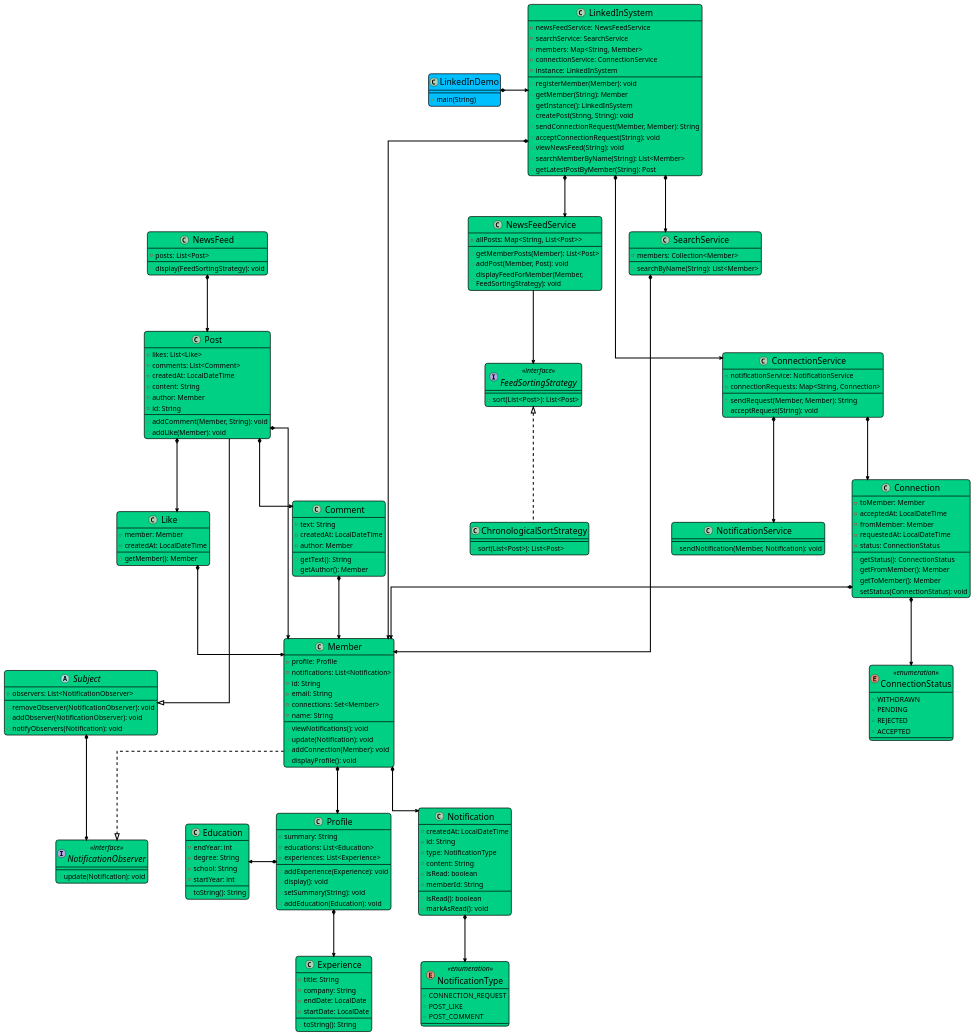
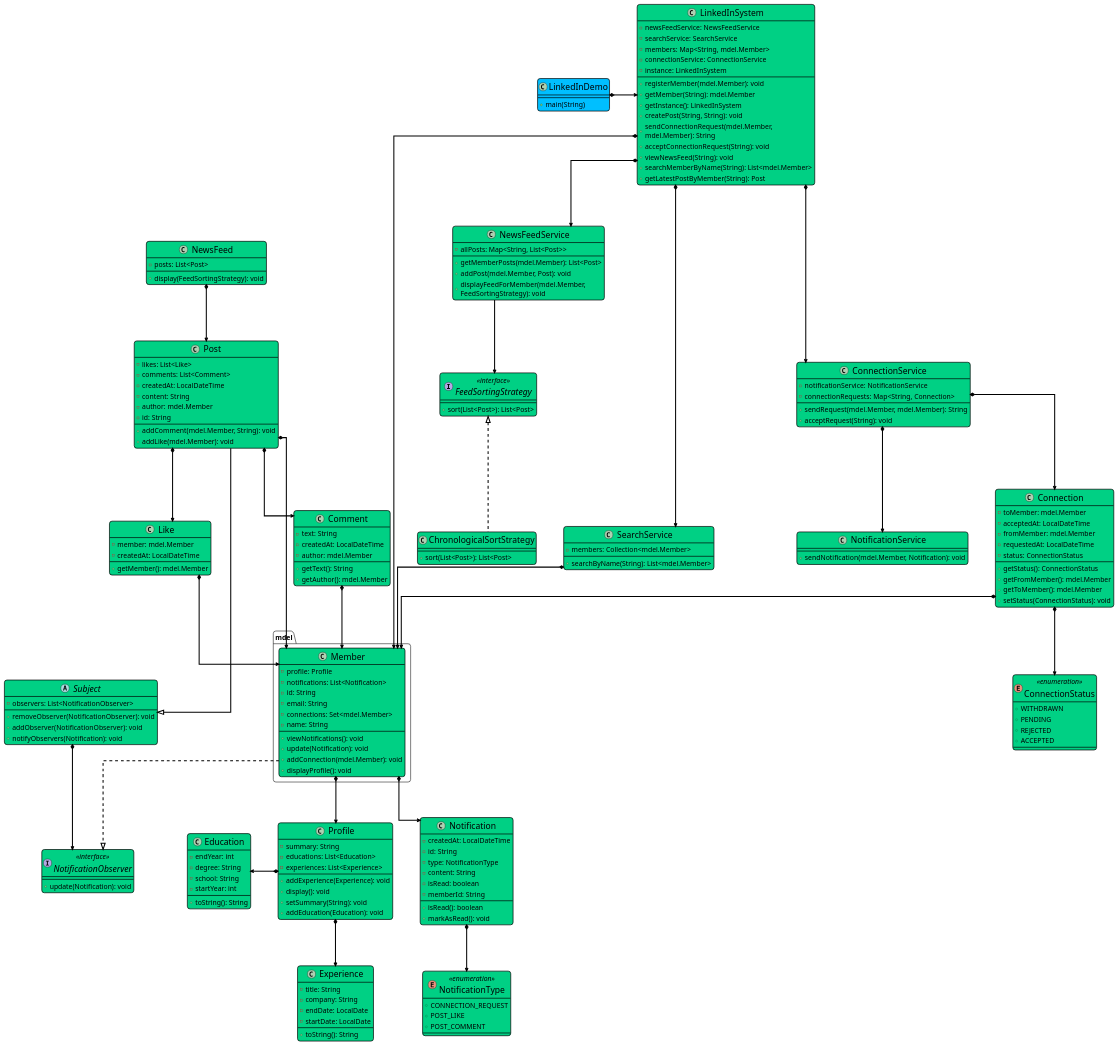
The diagram in HLD-LLD-CHARAN-ARYAN/Aweson-System-Design-LLD-HLD/out/production/solutions/linkedin/diagrams/linkedin-class-diagram.puml (charankumarl/System_Design_All), drawn with PlantUML before and after one commit. The commit also changed 1843 other files, not shown here.

```diff
--- a/HLD-LLD-CHARAN-ARYAN/Aweson-System-Design-LLD-HLD/out/production/solutions/linkedin/diagrams/linkedin-class-diagram.puml
+++ b/HLD-LLD-CHARAN-ARYAN/Aweson-System-Design-LLD-HLD/out/production/solutions/linkedin/diagrams/linkedin-class-diagram.puml
@@ -1,200 +1,200 @@
 @startuml
 
 top to bottom direction
 skinparam linetype ortho
 
 skinparam backgroundColor transparent
 skinparam wrapWidth 500
 skinparam roundCorner 15
 skinparam defaultFontSize 20
 skinparam defaultFontColor black
 skinparam ArrowColor black
 skinparam Padding 2
 skinparam dpi 80
 skinparam nodesep 80
 skinparam ranksep 120
 
 skinparam class {
   BackgroundColor #00d084
   BorderColor black
   ArrowColor black
   FontSize 25
   BorderThickness 2
   ArrowThickness 3
 }
 
 class ChronologicalSortStrategy {
   + sort(List<Post>): List<Post>
 }
 class Comment {
   - text: String
   - createdAt: LocalDateTime
-  - author: Member
+  - author: mdel.Member
   + getText(): String
-  + getAuthor(): Member
+  + getAuthor(): mdel.Member
 }
 class Connection {
-  - toMember: Member
+  - toMember: mdel.Member
   - acceptedAt: LocalDateTime
-  - fromMember: Member
+  - fromMember: mdel.Member
   - requestedAt: LocalDateTime
   - status: ConnectionStatus
   + getStatus(): ConnectionStatus
-  + getFromMember(): Member
-  + getToMember(): Member
+  + getFromMember(): mdel.Member
+  + getToMember(): mdel.Member
   + setStatus(ConnectionStatus): void
 }
 class ConnectionService {
   - notificationService: NotificationService
   - connectionRequests: Map<String, Connection>
-  + sendRequest(Member, Member): String
+  + sendRequest(mdel.Member, mdel.Member): String
   + acceptRequest(String): void
 }
 enum ConnectionStatus << enumeration >> {
   + WITHDRAWN
   + PENDING
   + REJECTED
   + ACCEPTED
 }
 class Education {
   - endYear: int
   - degree: String
   - school: String
   - startYear: int
   + toString(): String
 }
 class Experience {
   - title: String
   - company: String
   - endDate: LocalDate
   - startDate: LocalDate
   + toString(): String
 }
 interface FeedSortingStrategy << interface >> {
   + sort(List<Post>): List<Post>
 }
 class Like {
-  - member: Member
+  - member: mdel.Member
   - createdAt: LocalDateTime
-  + getMember(): Member
+  + getMember(): mdel.Member
 }
 class LinkedInSystem {
   - newsFeedService: NewsFeedService
   - searchService: SearchService
-  - members: Map<String, Member>
+  - members: Map<String, mdel.Member>
   - connectionService: ConnectionService
   - instance: LinkedInSystem
-  + registerMember(Member): void
-  + getMember(String): Member
+  + registerMember(mdel.Member): void
+  + getMember(String): mdel.Member
   + getInstance(): LinkedInSystem
   + createPost(String, String): void
-  + sendConnectionRequest(Member, Member): String
+  + sendConnectionRequest(mdel.Member, mdel.Member): String
   + acceptConnectionRequest(String): void
   + viewNewsFeed(String): void
-  + searchMemberByName(String): List<Member>
+  + searchMemberByName(String): List<mdel.Member>
   + getLatestPostByMember(String): Post
 }
-class Member {
+class mdel.Member {
   - profile: Profile
   - notifications: List<Notification>
   - id: String
   - email: String
-  - connections: Set<Member>
+  - connections: Set<mdel.Member>
   - name: String
   + viewNotifications(): void
   + update(Notification): void
-  + addConnection(Member): void
+  + addConnection(mdel.Member): void
   + displayProfile(): void
 }
 class NewsFeed {
   - posts: List<Post>
   + display(FeedSortingStrategy): void
 }
 class NewsFeedService {
   - allPosts: Map<String, List<Post>>
-  + getMemberPosts(Member): List<Post>
-  + addPost(Member, Post): void
-  + displayFeedForMember(Member, FeedSortingStrategy): void
+  + getMemberPosts(mdel.Member): List<Post>
+  + addPost(mdel.Member, Post): void
+  + displayFeedForMember(mdel.Member, FeedSortingStrategy): void
 }
 class Notification {
   - createdAt: LocalDateTime
   - id: String
   - type: NotificationType
   - content: String
   - isRead: boolean
   - memberId: String
   + isRead(): boolean
   + markAsRead(): void
 }
 interface NotificationObserver << interface >> {
   + update(Notification): void
 }
 class NotificationService {
-  + sendNotification(Member, Notification): void
+  + sendNotification(mdel.Member, Notification): void
 }
 enum NotificationType << enumeration >> {
   + CONNECTION_REQUEST
   + POST_LIKE
   + POST_COMMENT
 }
 class Post {
   - likes: List<Like>
   - comments: List<Comment>
   - createdAt: LocalDateTime
   - content: String
-  - author: Member
+  - author: mdel.Member
   - id: String
-  + addComment(Member, String): void
-  + addLike(Member): void
+  + addComment(mdel.Member, String): void
+  + addLike(mdel.Member): void
 }
 class Profile {
   - summary: String
   - educations: List<Education>
   - experiences: List<Experience>
   + addExperience(Experience): void
   + display(): void
   + setSummary(String): void
   + addEducation(Education): void
 }
 class SearchService {
-  - members: Collection<Member>
-  + searchByName(String): List<Member>
+  - members: Collection<mdel.Member>
+  + searchByName(String): List<mdel.Member>
 }
 abstract class Subject {
   - observers: List<NotificationObserver>
   + removeObserver(NotificationObserver): void
   + addObserver(NotificationObserver): void
   + notifyObservers(Notification): void
 }
 
 class LinkedInDemo #00bfff {
     + main(String)
 }
 
 FeedSortingStrategy       ^-[dashed]- ChronologicalSortStrategy
-Comment                   *-[plain]-> Member
+Comment                   *-[plain]-> mdel.Member
 Connection                *-[plain]-> ConnectionStatus
-Connection                *-[plain]-> Member
+Connection                *-[plain]-> mdel.Member
 ConnectionService         *-[plain]-> Connection
 ConnectionService         *-[plain]-> NotificationService
-Like                      *-[plain]-> Member
+Like                      *-[plain]-> mdel.Member
 LinkedInSystem            *-[plain]--> ConnectionService
-LinkedInSystem            *-[plain]-> Member
+LinkedInSystem            *-[plain]-> mdel.Member
 LinkedInSystem            *-[plain]-> NewsFeedService
 NewsFeedService           -[plain]-> FeedSortingStrategy
 LinkedInSystem            *-[plain]-> SearchService
-Member                    *-[plain]-> Notification
-Member                     -[dashed]-^  NotificationObserver
-Member                    *-[plain]-> Profile
+mdel.Member                    *-[plain]-> Notification
+mdel.Member                     -[dashed]-^  NotificationObserver
+mdel.Member                    *-[plain]-> Profile
 NewsFeed                  *-[plain]-> Post
 Notification              *-[plain]-> NotificationType
 Post                      *-[plain]-> Comment
 Post                      *-[plain]-> Like
-Post                      *-[plain]-> Member
+Post                      *-[plain]-> mdel.Member
 Post                       -[plain]-^  Subject
 Profile                   *-[plain]left-> Education
 Profile                   *-[plain]-> Experience
-SearchService             *-[plain]-> Member
+SearchService             *-[plain]-> mdel.Member
 Subject                   *-[plain]-> NotificationObserver
 LinkedInDemo              *-[plain]right-> LinkedInSystem
 @enduml
```
